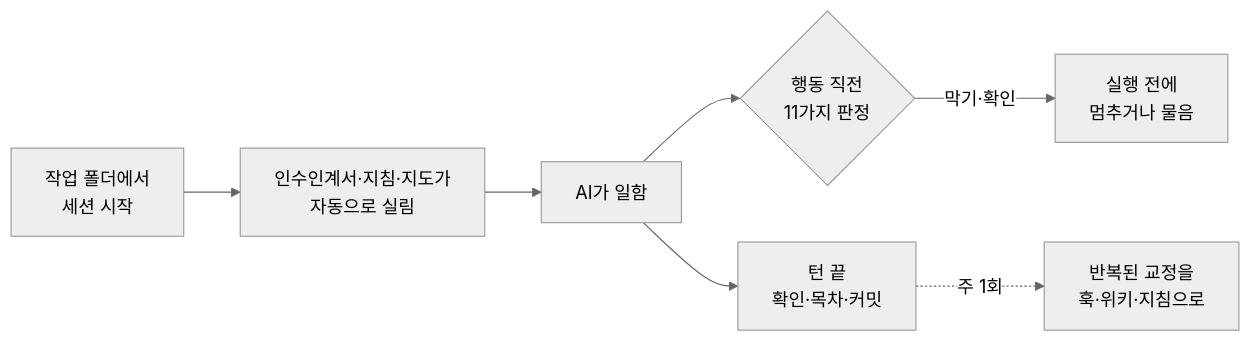
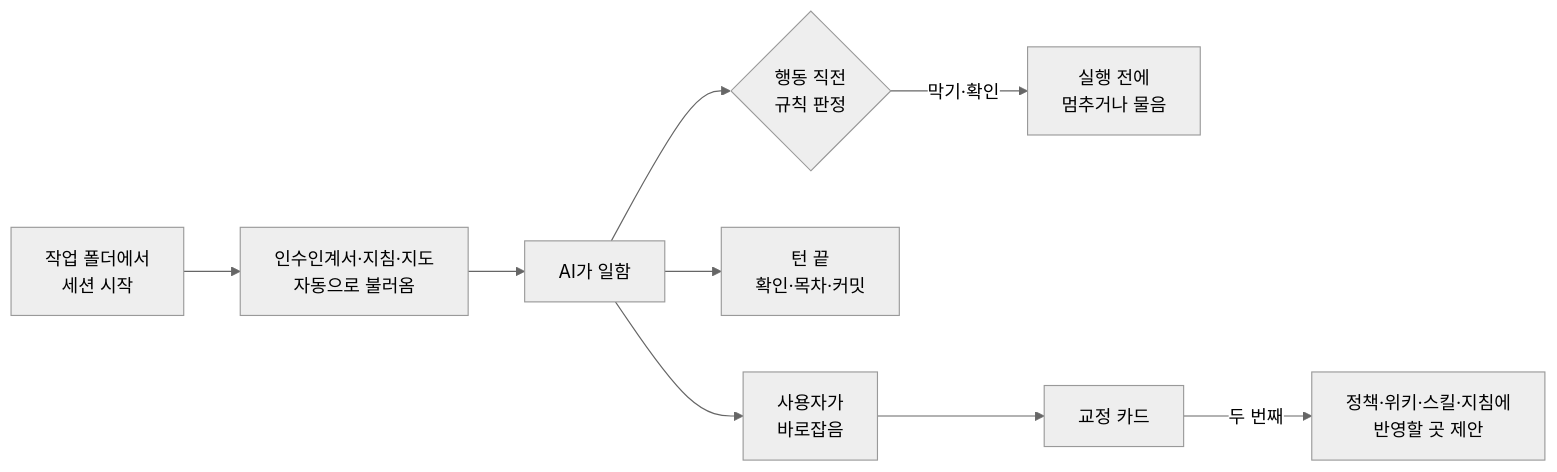
One commit to kimkuhyun/oraena changed the diagram in README.md. Above: the diagram before and after it, drawn with Mermaid (neutral theme). The commit also changed other lines of this file and 16 other files, not shown here.

````diff
--- a/README.md
+++ b/README.md
@@ -7,9 +72,11 @@
 ```mermaid
 flowchart LR
-    A["작업 폴더에서<br>세션 시작"] --> B["인수인계서·지침·지도가<br>자동으로 실림"]
+    A["작업 폴더에서<br>세션 시작"] --> B["인수인계서·지침·지도<br>자동으로 불러옴"]
     B --> C["AI가 일함"]
-    C --> D{"행동 직전<br>11가지 판정"}
+    C --> D{"행동 직전<br>규칙 판정"}
     D -->|막기·확인| U["실행 전에<br>멈추거나 물음"]
     C --> E["턴 끝<br>확인·목차·커밋"]
-    E -.->|주 1회| F["반복된 교정을<br>훅·위키·지침으로"]
+    C --> P["사용자가<br>바로잡음"]
+    P --> K["교정 카드"]
+    K -->|두 번째| F["정책·위키·스킬·지침에<br>반영할 곳 제안"]
 ```
````
